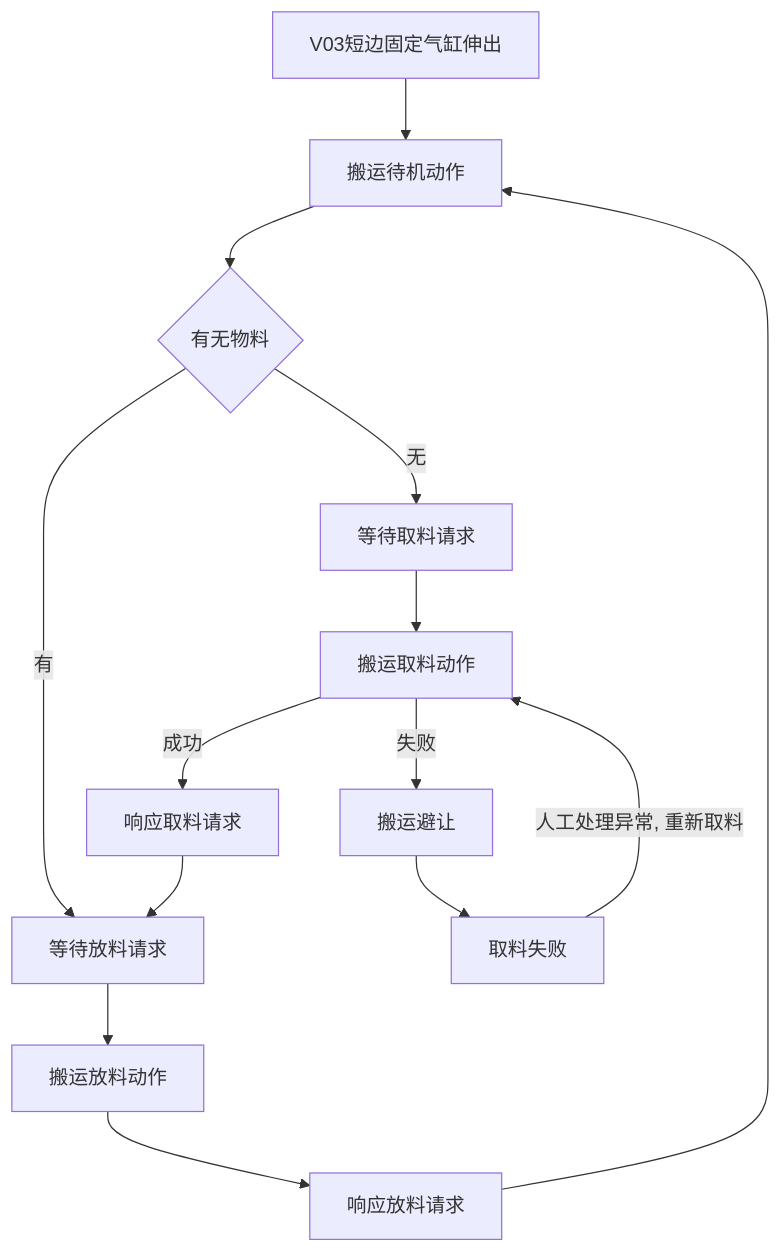
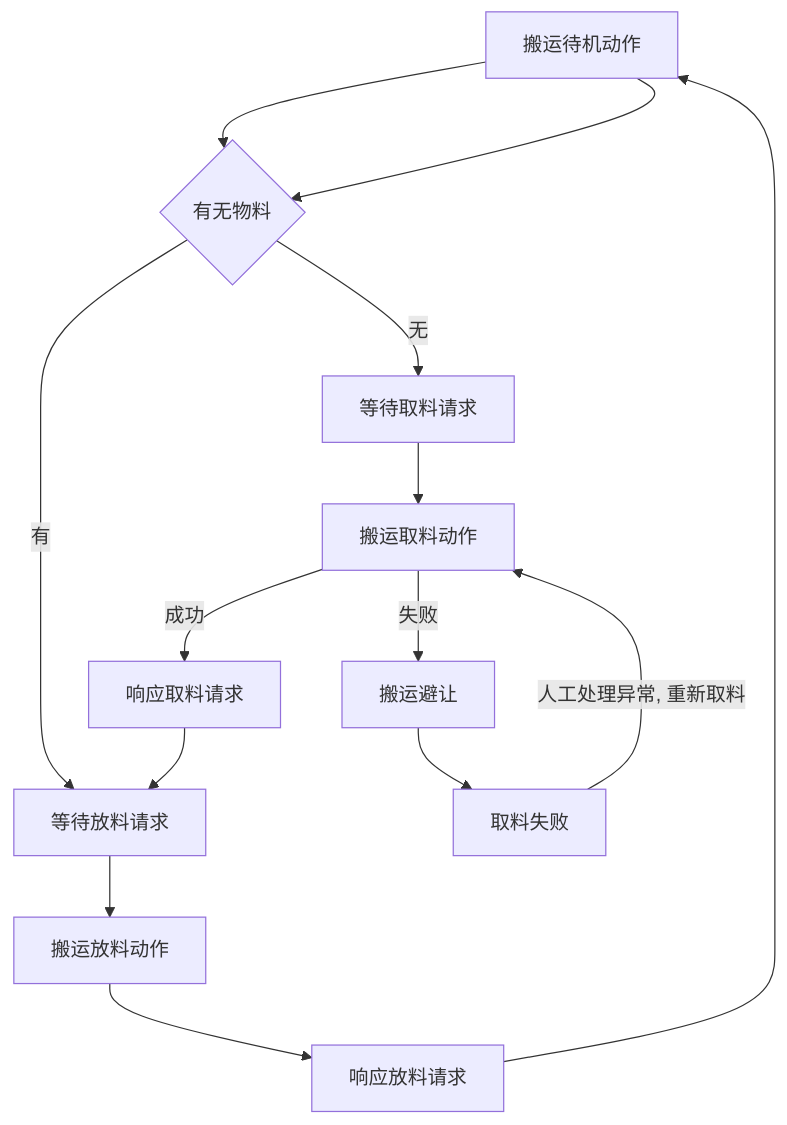
Before and after one commit to PengKun1/iodraw-files: the diagram in all/OP10气缸固定流程.md, drawn with Mermaid.

Commit message:
2024-08-05 13:49:23 update

````diff
--- a/all/OP10气缸固定流程.md
+++ b/all/OP10气缸固定流程.md
@@ -1,19 +1,19 @@
 ```mermaid
 graph TD
-0[V03短边固定气缸伸出]-->10
+10[V03短边固定气缸伸出]-->20
 10[搬运待机动作]-->20
 20{有无物料}-->|无|30
 20-->|有|60
 30[等待取料请求]-->40
 40[搬运取料动作]-->|成功|50
 40-->|失败|90
 50[响应取料请求]-->60
 60[等待放料请求]-->70
 70[搬运放料动作]-->80
 80[响应放料请求]-->10
 
 90[搬运避让]-->900
 
 900[取料失败]-->|人工处理异常, 重新取料|40
   
 ```
````
